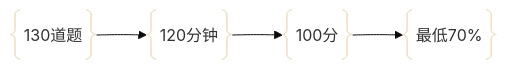
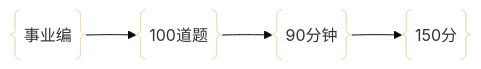
Before and after one commit to qubeijun/qubeijun.github.io: the second of 12 diagrams in source/_posts/gwy/公务员行测.md, drawn with Mermaid (base theme). The commit also changed other lines of this file and 1 other file, not shown here.

```diff
--- a/source/_posts/gwy/公务员行测.md
+++ b/source/_posts/gwy/公务员行测.md
@@ -15,8 +23,8 @@
 {% mermaid %}
 flowchart LR
-A@{ shape: braces, label: "130道题" }
-B@{ shape: braces, label: "120分钟" }
-C@{ shape: braces, label: "100分" }
-D@{ shape: braces, label: "最低70%" }
+A@{ shape: braces, label: "事业编" }
+B@{ shape: braces, label: "100道题" }
+C@{ shape: braces, label: "90分钟" }
+D@{ shape: braces, label: "150分" }
 A-->B-->C-->D
 {% endmermaid %}
```
